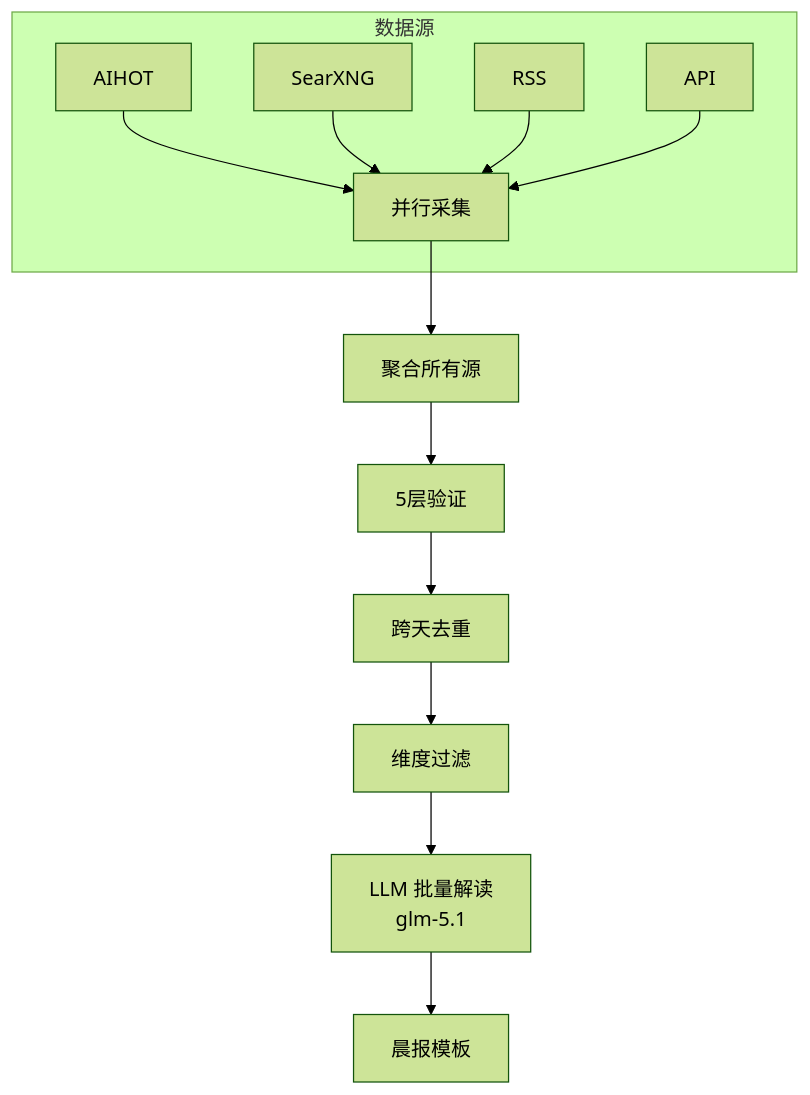
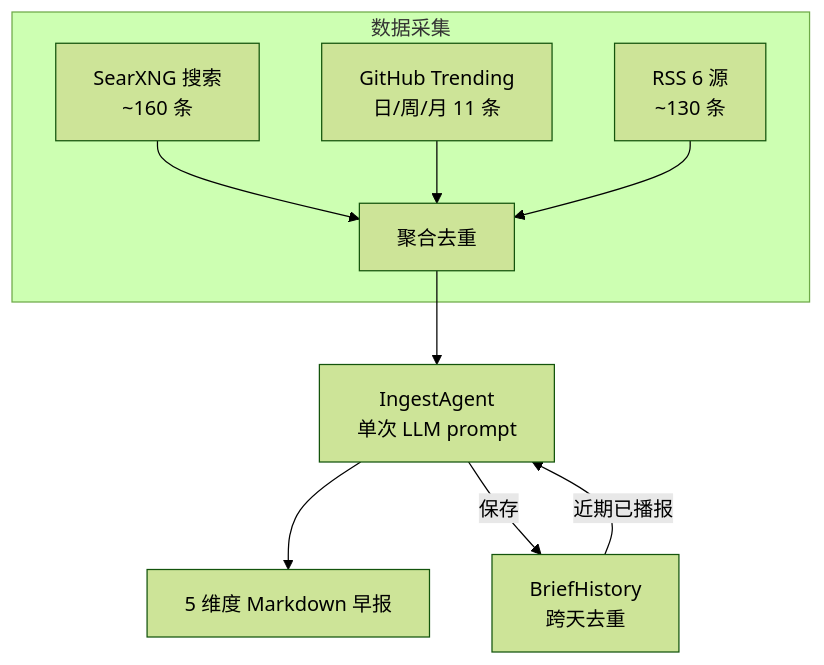
One commit to xinovate/linglong-knowledge changed the third of 7 diagrams in docs/architecture.md. Above: the diagram before and after it, drawn with Mermaid (forest theme). The commit also changed other lines of this file and 4 other files, not shown here.

First line of the commit message:
docs: v2.0/v2.1 文档全面更新 — 架构图 + 设计总览 + roadmap + PROJECT_OVERVIEW

````diff
--- a/docs/architecture.md
+++ b/docs/architecture.md
@@ -110,15 +112,12 @@
 ```mermaid
 graph TD
-    subgraph 数据源
-        A1[AIHOT] --> B[并行采集]
-        A2[SearXNG] --> B
-        A3[RSS] --> B
-        A4[API] --> B
+    subgraph 数据采集
+        A1[SearXNG 搜索<br/>~160 条] --> D[聚合去重]
+        A2[GitHub Trending<br/>日/周/月 11 条] --> D
+        A3[RSS 6 源<br/>~130 条] --> D
     end
-    B --> C[聚合所有源]
-    C --> D[5层验证]
-    D --> E[跨天去重]
-    E --> F[维度过滤]
-    F --> G[LLM 批量解读<br/>glm-5.1]
-    G --> H[晨报模板]
+    D --> E[IngestAgent<br/>单次 LLM prompt]
+    E --> F[5 维度 Markdown 早报]
+    G[BriefHistory<br/>跨天去重] -->|近期已播报| E
+    E -->|保存| G
 ```
````
